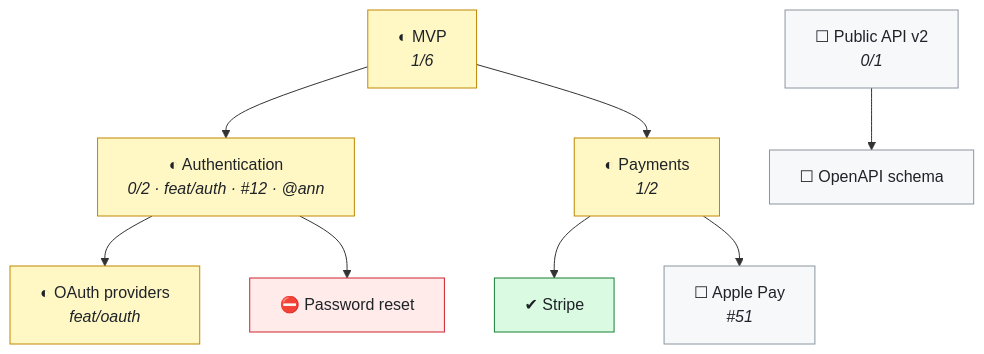
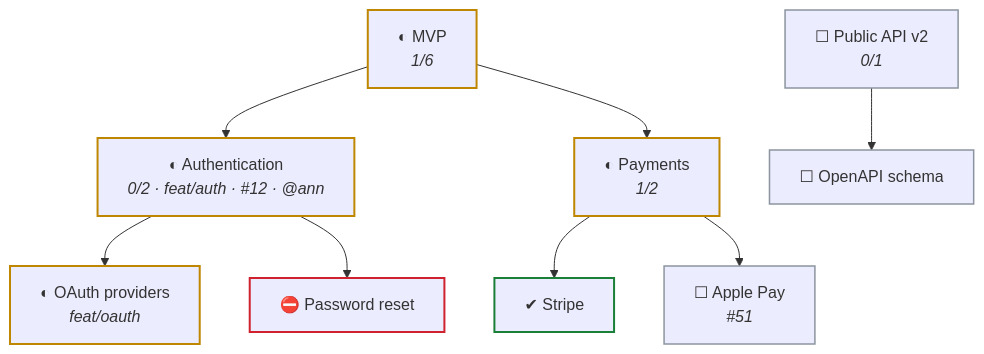
The first of 2 diagrams in README.md (SergeyLubivui-dev/devtree), drawn with Mermaid before and after one commit. The commit also changed other lines of this file and 6 other files, not shown here.

First line of the commit message:
fix(mermaid): stop fighting the theme the reader chose

````diff
--- a/README.md
+++ b/README.md
@@ -47,24 +55,24 @@
 ```mermaid
 flowchart TD
-    classDef todo fill:#f6f8fa,stroke:#8c959f,color:#1f2328
-    classDef in_progress fill:#fff8c5,stroke:#bf8700,color:#1f2328
-    classDef blocked fill:#ffebe9,stroke:#cf222e,color:#1f2328
-    classDef done fill:#dafbe1,stroke:#1a7f37,color:#1f2328
-    classDef dropped fill:#eaeef2,stroke:#8c959f,color:#6e7781,stroke-dasharray:4 3
+    classDef todo stroke:#8c959f,stroke-width:1.5px
+    classDef in_progress stroke:#bf8700,stroke-width:2px
+    classDef blocked stroke:#cf222e,stroke-width:2px
+    classDef done stroke:#1a7f37,stroke-width:2px
+    classDef dropped stroke:#8c959f,stroke-width:1.5px,stroke-dasharray:4 3
     n_mvp["◐ MVP<br/><i>1/6</i>"]:::in_progress
     n_mvp --> n_authentication
     n_authentication["◐ Authentication<br/><i>0/2 · feat/auth · #35;12 · @ann</i>"]:::in_progress
     n_authentication --> n_oauth_providers
     n_oauth_providers["◐ OAuth providers<br/><i>feat/oauth</i>"]:::in_progress
     n_authentication --> n_password_reset
     n_password_reset["⛔ Password reset"]:::blocked
     n_mvp --> n_payments
     n_payments["◐ Payments<br/><i>1/2</i>"]:::in_progress
     n_payments --> n_stripe
     n_stripe["✔ Stripe"]:::done
     n_payments --> n_apple_pay
     n_apple_pay["☐ Apple Pay<br/><i>#35;51</i>"]:::todo
     n_public_api_v2["☐ Public API v2<br/><i>0/1</i>"]:::todo
     n_public_api_v2 --> n_openapi_schema
     n_openapi_schema["☐ OpenAPI schema"]:::todo
 ```
````
